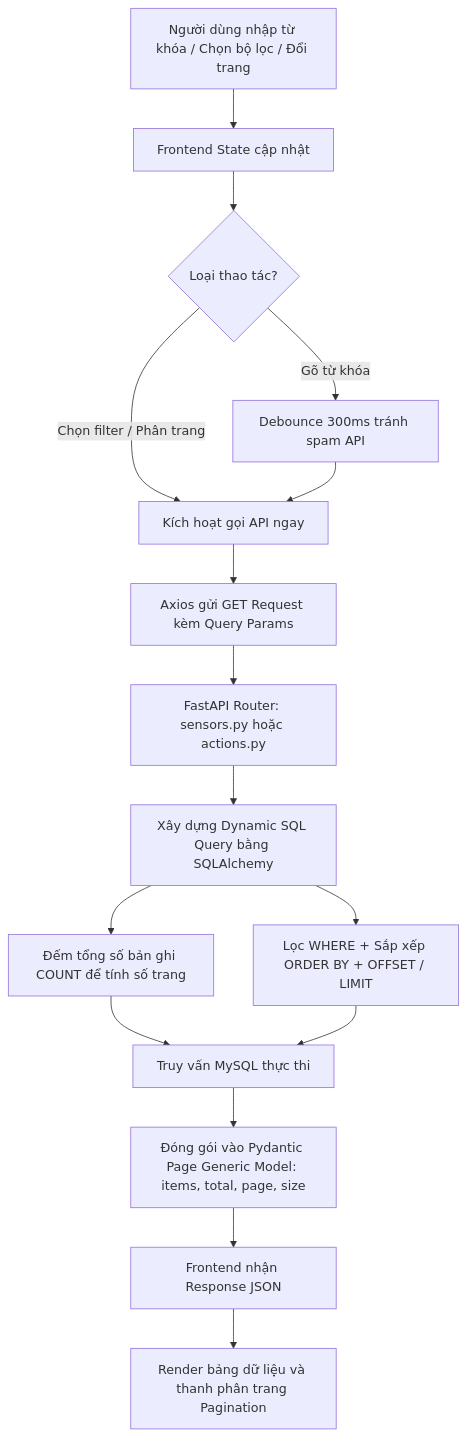
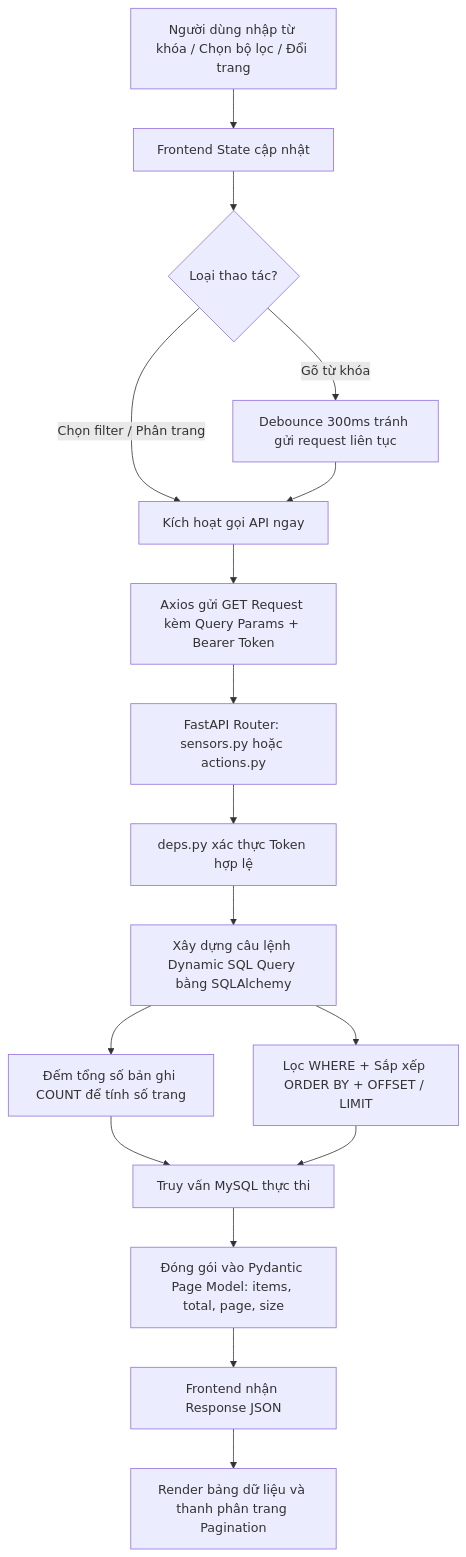
The fourth of 4 diagrams in LUONG_HOAT_DONG_PROJECT.md (baonguyenn2302/IoT_smart_house), drawn with Mermaid before and after one commit. The commit also changed other lines of this file and 21 other files, not shown here.

````diff
--- a/LUONG_HOAT_DONG_PROJECT.md
+++ b/LUONG_HOAT_DONG_PROJECT.md
@@ -207,17 +267,18 @@
 ```mermaid
 flowchart TD
     A[Người dùng nhập từ khóa / Chọn bộ lọc / Đổi trang] --> B[Frontend State cập nhật]
     B --> C{Loại thao tác?}
-    C -->|Gõ từ khóa| D[Debounce 300ms tránh spam API]
+    C -->|Gõ từ khóa| D[Debounce 300ms tránh gửi request liên tục]
     C -->|Chọn filter / Phân trang| E[Kích hoạt gọi API ngay]
     D --> E
-    E --> F[Axios gửi GET Request kèm Query Params]
+    E --> F[Axios gửi GET Request kèm Query Params + Bearer Token]
     F --> G[FastAPI Router: sensors.py hoặc actions.py]
-    G --> H[Xây dựng Dynamic SQL Query bằng SQLAlchemy]
-    H --> I[Đếm tổng số bản ghi COUNT để tính số trang]
-    H --> J[Lọc WHERE + Sắp xếp ORDER BY + OFFSET / LIMIT]
-    I & J --> K[Truy vấn MySQL thực thi]
-    K --> L[Đóng gói vào Pydantic Page Generic Model: items, total, page, size]
-    L --> M[Frontend nhận Response JSON]
-    M --> N[Render bảng dữ liệu và thanh phân trang Pagination]
+    G --> H[deps.py xác thực Token hợp lệ]
+    H --> I[Xây dựng câu lệnh Dynamic SQL Query bằng SQLAlchemy]
+    I --> J[Đếm tổng số bản ghi COUNT để tính số trang]
+    I --> K[Lọc WHERE + Sắp xếp ORDER BY + OFFSET / LIMIT]
+    J & K --> L[Truy vấn MySQL thực thi]
+    L --> M[Đóng gói vào Pydantic Page Model: items, total, page, size]
+    M --> N[Frontend nhận Response JSON]
+    N --> O[Render bảng dữ liệu và thanh phân trang Pagination]
 ```
````
